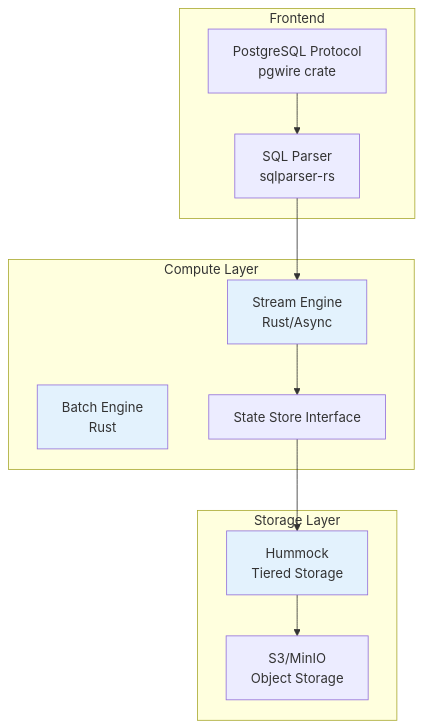
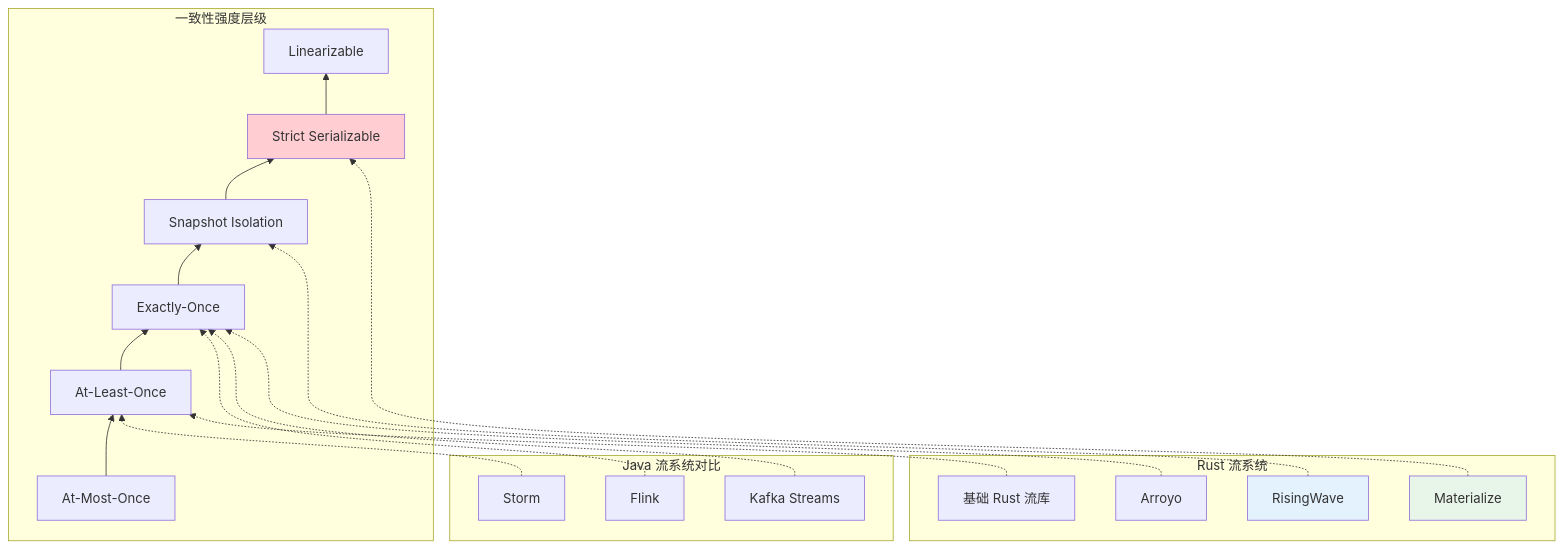
One commit to AdaMartin18010/AnalysisDataFlow changed the third of 7 diagrams in Knowledge/06-frontier/rust-streaming-ecosystem.md. Above: the diagram before and after it, drawn with Mermaid. The commit also changed other lines of this file and 20 other files, not shown here.

````diff
--- a/Knowledge/06-frontier/rust-streaming-ecosystem.md
+++ b/Knowledge/06-frontier/rust-streaming-ecosystem.md
@@ -271,25 +321,39 @@
 ```mermaid
-graph TB
-    subgraph "Frontend"
-        A[PostgreSQL Protocol<br/>pgwire crate]
-        B[SQL Parser<br/>sqlparser-rs]
+graph BT
+    subgraph "一致性强度层级"
+        A1[At-Most-Once]
+        A2[At-Least-Once]
+        A3[Exactly-Once]
+        A4[Snapshot Isolation]
+        A5[Strict Serializable]
+        A6[Linearizable]
     end
 
-    subgraph "Compute Layer"
-        C[Stream Engine<br/>Rust/Async]
-        D[Batch Engine<br/>Rust]
-        E[State Store Interface]
+    subgraph "Rust 流系统"
+        S1[基础 Rust 流库]
+        S2[Arroyo]
+        S3[RisingWave]
+        S4[Materialize]
     end
 
-    subgraph "Storage Layer"
-        F[Hummock<br/>Tiered Storage]
-        G[S3/MinIO<br/>Object Storage]
+    subgraph "Java 流系统对比"
+        J1[Storm]
+        J2[Flink]
+        J3[Kafka Streams]
     end
 
-    A --> B --> C
-    C --> E --> F --> G
+    A1 --> A2 --> A3 --> A4 --> A5 --> A6
 
-    style C fill:#e3f2fd
-    style D fill:#e3f2fd
-    style F fill:#e3f2fd
+    S1 -.-> A2
+    S2 -.-> A3
+    S3 -.-> A4
+    S4 -.-> A5
+
+    J1 -.-> A2
+    J2 -.-> A3
+    J3 -.-> A3
+
+    style A5 fill:#ffcdd2
+    style S4 fill:#e8f5e9
+    style S3 fill:#e3f2fd
 ```
````
